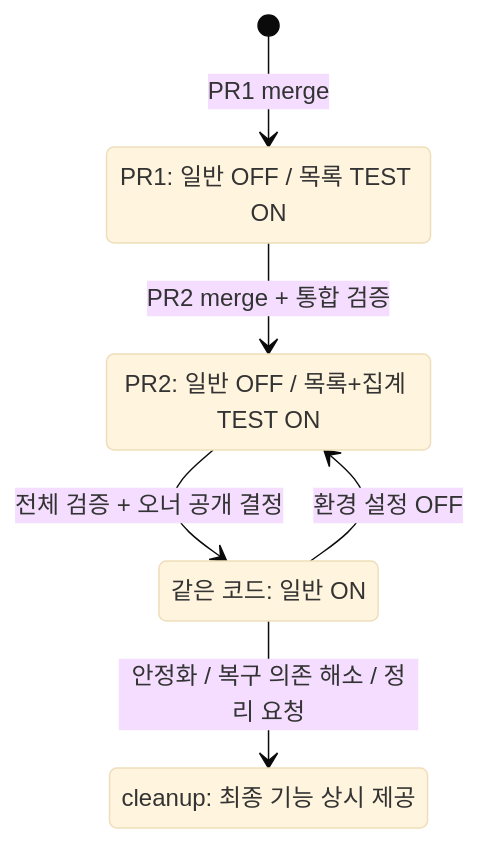
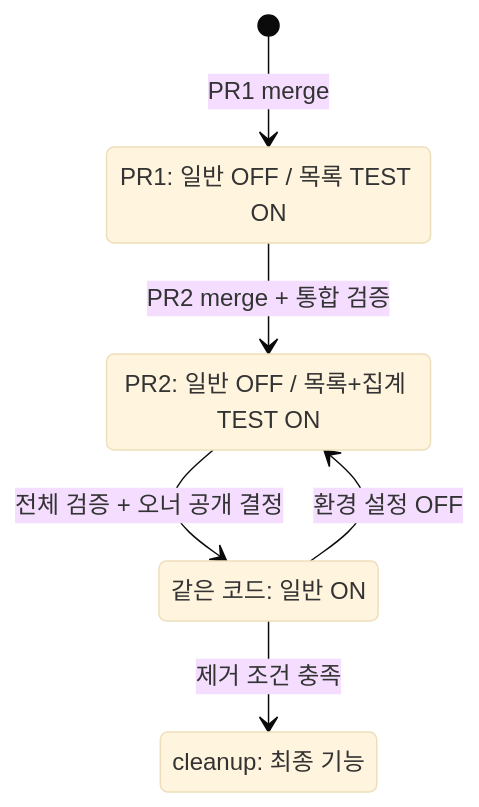
One commit to bifrost17/ai-native-sdlc-sample changed the diagram in docs/research/sdlc-documentation/spec-plan-design/candidate/examples/F03/spec.md. Above: the diagram before and after it, drawn with Mermaid (base theme). The commit also changed 17 other files, not shown here.

````diff
--- a/docs/research/sdlc-documentation/spec-plan-design/candidate/examples/F03/spec.md
+++ b/docs/research/sdlc-documentation/spec-plan-design/candidate/examples/F03/spec.md
@@ -42,12 +42,12 @@
 ```mermaid
 stateDiagram-v2
   [*] --> Partial: PR1 merge
   state "PR1: 일반 OFF / 목록 TEST ON" as Partial
   state "PR2: 일반 OFF / 목록+집계 TEST ON" as Complete
   state "같은 코드: 일반 ON" as Released
-  state "cleanup: 최종 기능 상시 제공" as Clean
+  state "cleanup: 최종 기능" as Clean
   Partial --> Complete: PR2 merge + 통합 검증
   Complete --> Released: 전체 검증 + 오너 공개 결정
   Released --> Complete: 환경 설정 OFF
-  Released --> Clean: 안정화 / 복구 의존 해소 / 정리 요청
+  Released --> Clean: 제거 조건 충족
 ```
````
